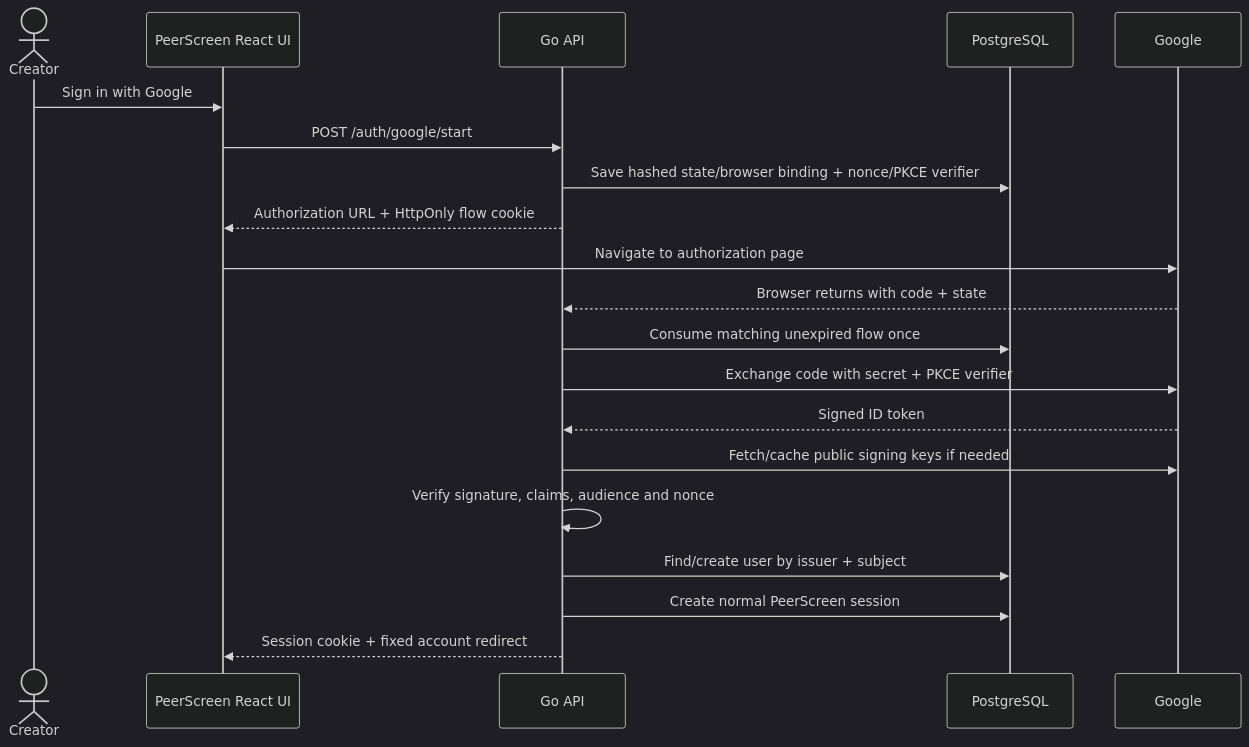
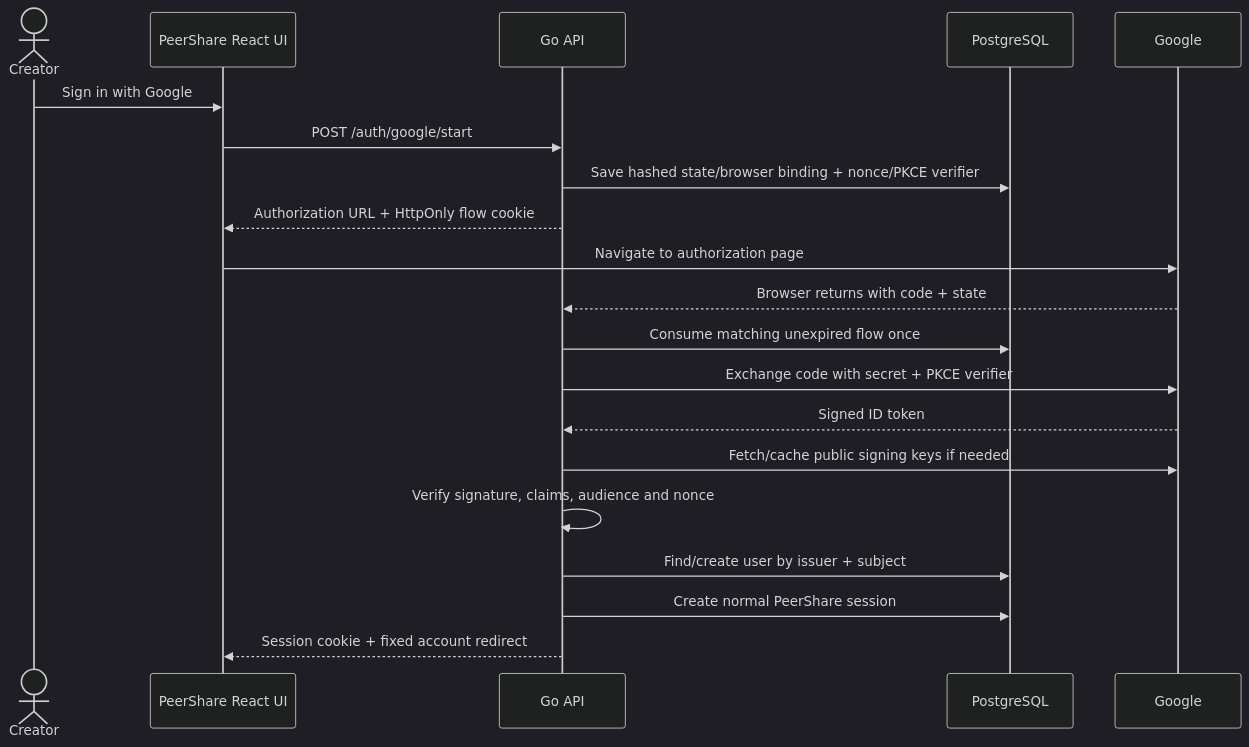
The diagram in docs/learning/product-and-google/02-google-sign-in.md (darshpatel1052/PeerShare), drawn with Mermaid (dark theme) before and after one commit. The commit also changed other lines of this file and 269 other files, not shown here.

Commit message:
Launch PeerShare branding, refined product interface and operator workspace

````diff
--- a/docs/learning/product-and-google/02-google-sign-in.md
+++ b/docs/learning/product-and-google/02-google-sign-in.md
@@ -27,22 +27,22 @@
 ```mermaid
 sequenceDiagram
   actor Creator
-  participant Web as PeerScreen React UI
+  participant Web as PeerShare React UI
   participant Go as Go API
   participant DB as PostgreSQL
   participant Google
   Creator->>Web: Sign in with Google
   Web->>Go: POST /auth/google/start
   Go->>DB: Save hashed state/browser binding + nonce/PKCE verifier
   Go-->>Web: Authorization URL + HttpOnly flow cookie
   Web->>Google: Navigate to authorization page
   Google-->>Go: Browser returns with code + state
   Go->>DB: Consume matching unexpired flow once
   Go->>Google: Exchange code with secret + PKCE verifier
   Google-->>Go: Signed ID token
   Go->>Google: Fetch/cache public signing keys if needed
   Go->>Go: Verify signature, claims, audience and nonce
   Go->>DB: Find/create user by issuer + subject
-  Go->>DB: Create normal PeerScreen session
+  Go->>DB: Create normal PeerShare session
   Go-->>Web: Session cookie + fixed account redirect
 ```
````
